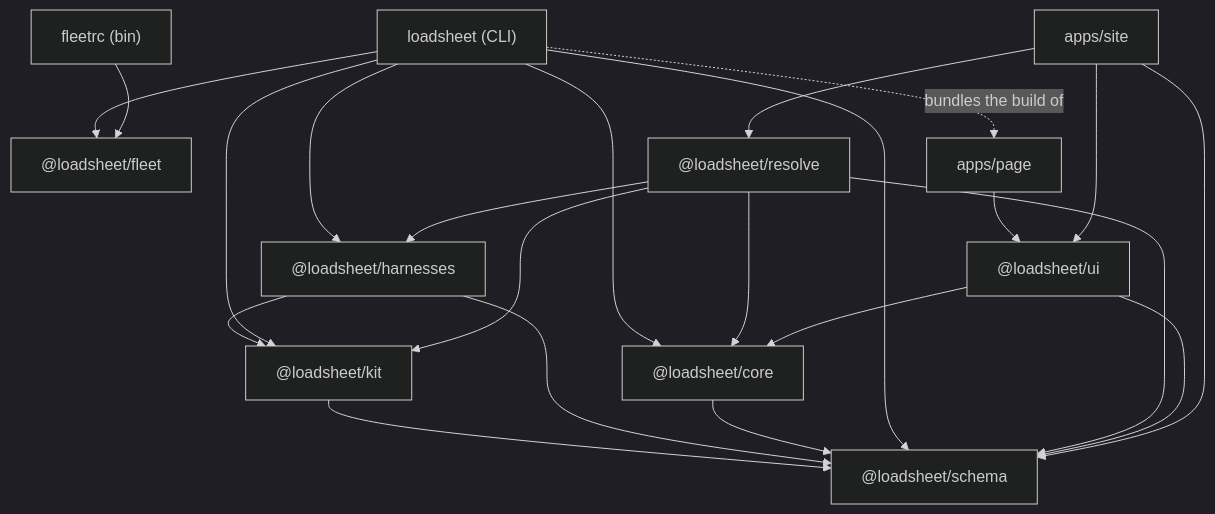
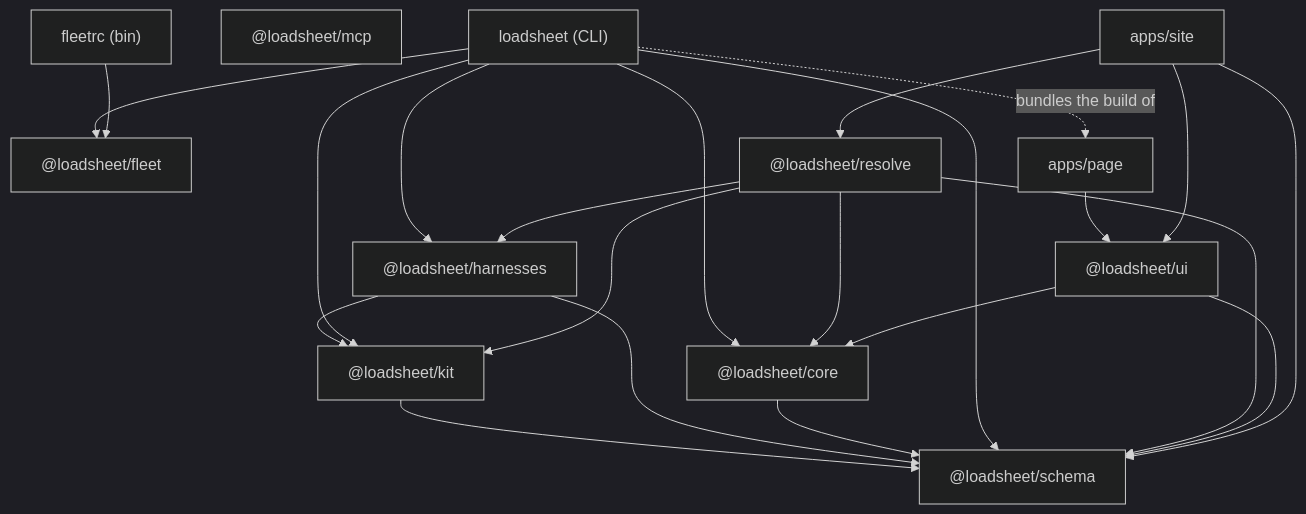
Before and after one commit to loadsheet/loadsheet: the diagram in SPEC.md, drawn with Mermaid (dark theme). The commit also changed other lines of this file and 1 other file, not shown here.

Commit message:
docs: describe @loadsheet/mcp in SPEC and AGENTS

````diff
--- a/SPEC.md
+++ b/SPEC.md
@@ -30,36 +30,37 @@
 ```mermaid
 graph TD
   schema["@loadsheet/schema"]
   kit["@loadsheet/kit"]
   harnesses["@loadsheet/harnesses"]
   core["@loadsheet/core"]
   fleet["@loadsheet/fleet"]
   cli["loadsheet (CLI)"]
   resolve["@loadsheet/resolve"]
+  mcp["@loadsheet/mcp"]
   ui["@loadsheet/ui"]
   page["apps/page"]
   site["apps/site"]
   fleetrc["fleetrc (bin)"]
 
   kit --> schema
   harnesses --> kit
   harnesses --> schema
   core --> schema
   cli --> core
   cli --> harnesses
   cli --> kit
   cli --> fleet
   cli --> schema
   cli -. bundles the build of .-> page
   resolve --> core
   resolve --> harnesses
   resolve --> kit
   resolve --> schema
   ui --> core
   ui --> schema
   page --> ui
   site --> ui
   site --> resolve
   site --> schema
   fleetrc --> fleet
 ```
````
